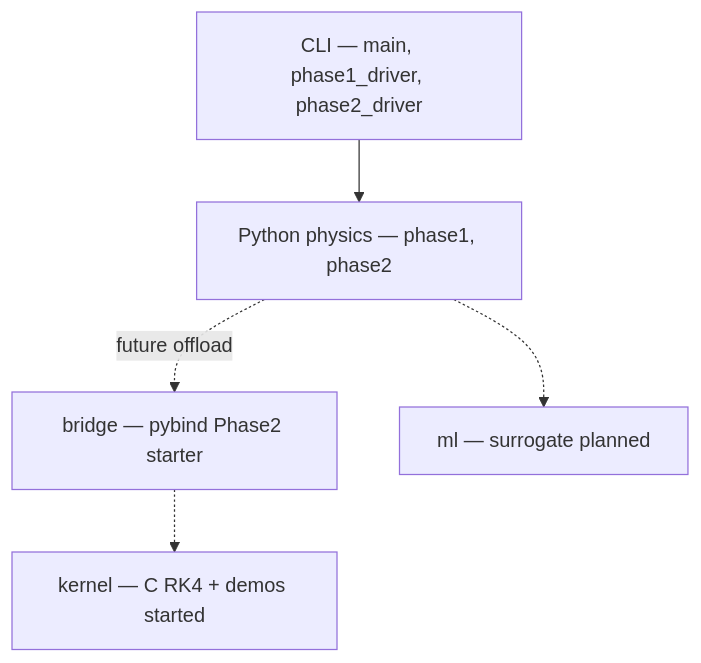
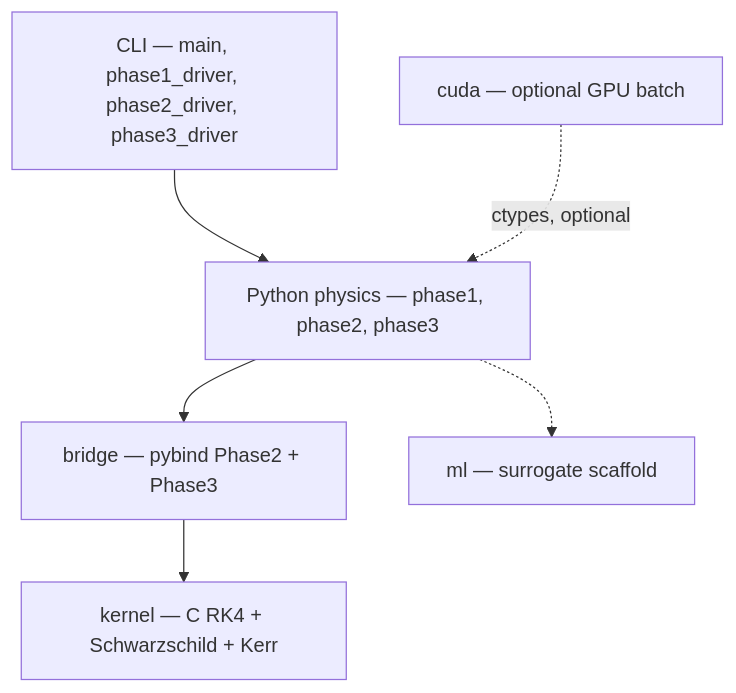
One commit to gabegaines24/Black-Hole-Ray-Tracer changed the diagram in docs/OVERVIEW.md. Above: the diagram before and after it, drawn with Mermaid. The commit also changed other lines of this file and 19 other files, not shown here.

First line of the commit message:
Add Kerr C kernel, PyBind bridge, and native Phase 3 render path

````diff
--- a/docs/OVERVIEW.md
+++ b/docs/OVERVIEW.md
@@ -31,13 +37,15 @@
 ```mermaid
 flowchart TB
-  cli["CLI — main, phase1_driver, phase2_driver"]
-  pyproto["Python physics — phase1, phase2"]
-  bridge["bridge — pybind Phase2 starter"]
-  kernel["kernel — C RK4 + demos started"]
-  ml["ml — surrogate planned"]
+  cli["CLI — main, phase1_driver, phase2_driver, phase3_driver"]
+  pyproto["Python physics — phase1, phase2, phase3"]
+  bridge["bridge — pybind Phase2 + Phase3"]
+  kernel["kernel — C RK4 + Schwarzschild + Kerr"]
+  ml["ml — surrogate scaffold"]
+  cuda["cuda — optional GPU batch"]
 
   cli --> pyproto
-  pyproto -.->|"future offload"| bridge
-  bridge -.-> kernel
+  pyproto --> bridge
+  bridge --> kernel
   pyproto -.-> ml
+  cuda -.->|"ctypes, optional"| pyproto
 ```
````
